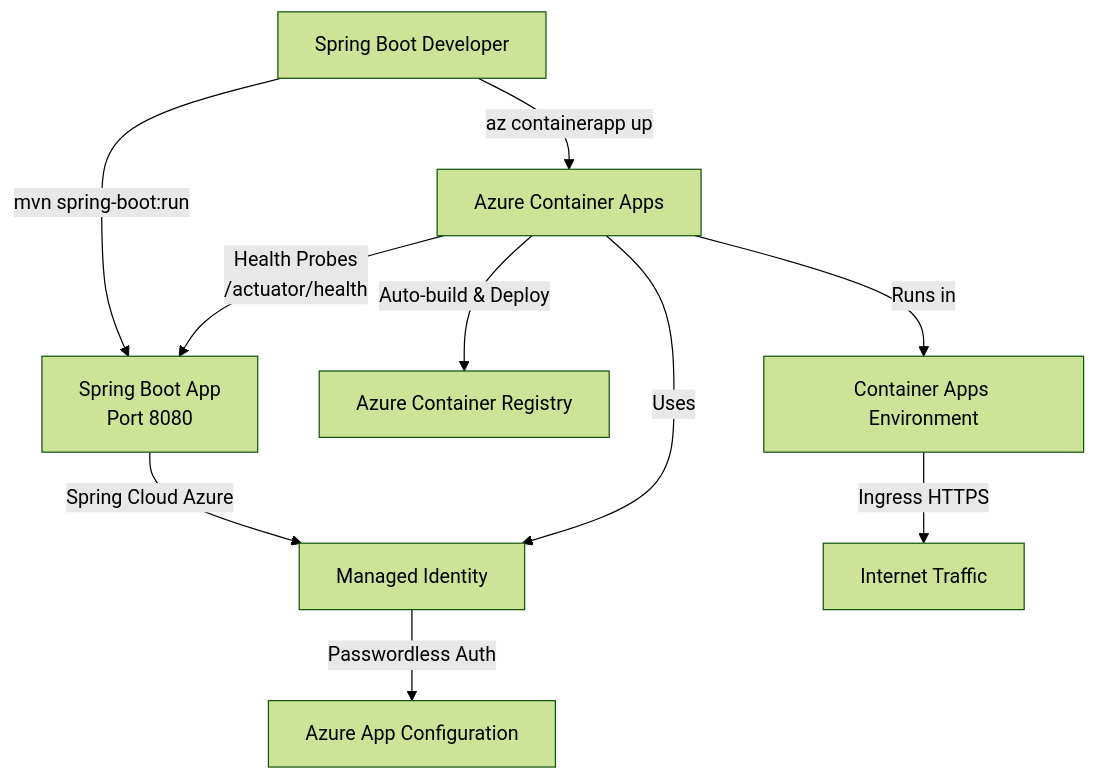
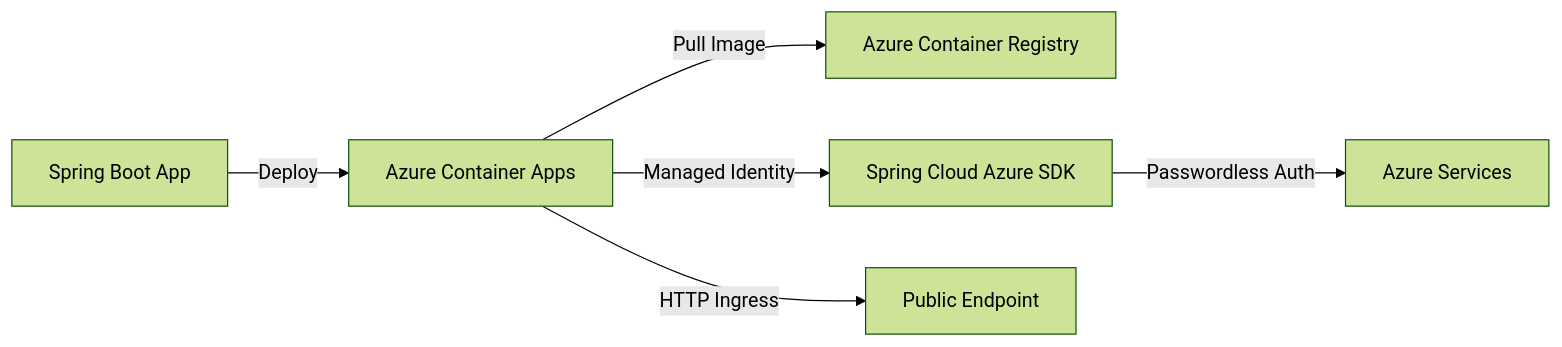
The diagram in _posts/2026-05-25-spring-boot-developers-guide-azure-container-apps.md (akhan-2020/akhan-2020.github.io), drawn with Mermaid (forest theme) before and after one commit. The commit also changed other lines of this file, not shown here.

First line of the commit message:
Add Spring Boot Azure Container Apps guide

````diff
--- a/_posts/2026-05-25-spring-boot-developers-guide-azure-container-apps.md
+++ b/_posts/2026-05-25-spring-boot-developers-guide-azure-container-apps.md
@@ -22,14 +16,8 @@
 ```mermaid
-flowchart TD
-    Dev[Spring Boot Developer] -->|mvn spring-boot:run| App[Spring Boot App<br/>Port 8080]
-    App -->|Spring Cloud Azure| MI[Managed Identity]
-    MI -->|Passwordless Auth| AppConfig[Azure App Configuration]
-    
-    Dev -->|az containerapp up| ACA[Azure Container Apps]
-    ACA -->|Auto-build & Deploy| ACR[Azure Container Registry]
-    ACA -->|Runs in| Env[Container Apps Environment]
-    ACA -->|Uses| MI
-    
-    ACA -->|Health Probes<br/>/actuator/health| App
-    Env -->|Ingress HTTPS| Internet[Internet Traffic]
+graph LR
+    A[Spring Boot App] -->|Deploy| B[Azure Container Apps]
+    B -->|Pull Image| C[Azure Container Registry]
+    B -->|Managed Identity| D[Spring Cloud Azure SDK]
+    D -->|Passwordless Auth| E[Azure Services]
+    B -->|HTTP Ingress| F[Public Endpoint]
 ```
````
